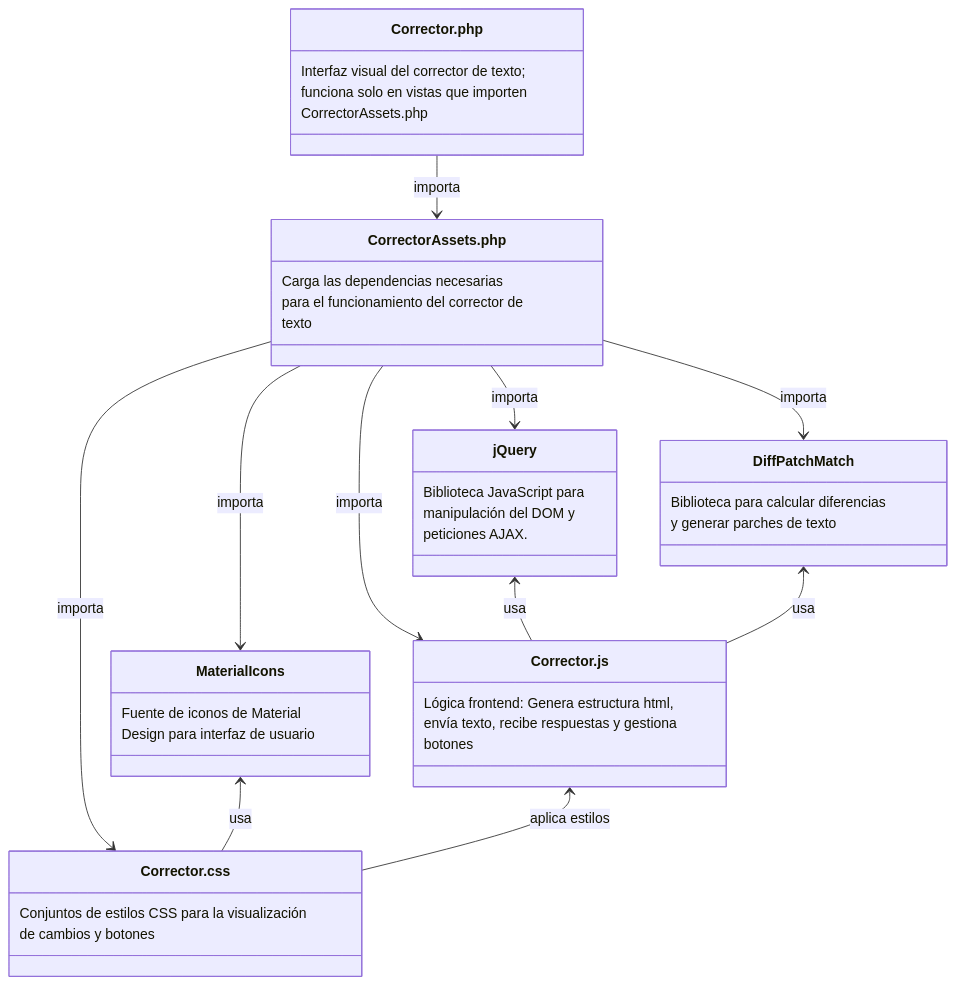
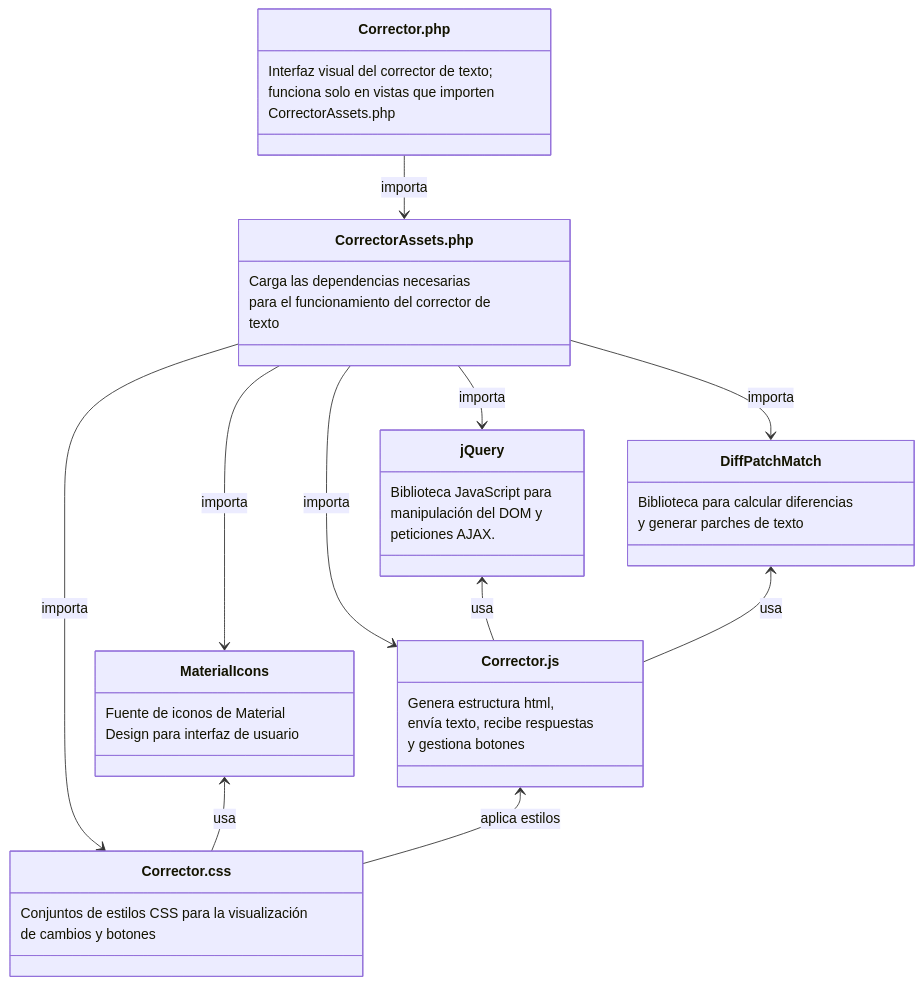
One commit to SaanRM/notas-sintecto changed the second of 3 diagrams in docs/IA/Proyectos/CorrectorDeTexto.md. Above: the diagram before and after it, drawn with Mermaid. The commit also changed other lines of this file, not shown here.

````diff
--- a/docs/IA/Proyectos/CorrectorDeTexto.md
+++ b/docs/IA/Proyectos/CorrectorDeTexto.md
@@ -80,60 +81,60 @@
 ```mermaid
 
 classDiagram
     direction TB
 
     class Corrector.php {
         Interfaz visual del corrector de texto; 
         funciona solo en vistas que importen 
         CorrectorAssets.php
     }
 
     %% View y Assets (descripciones)
     class CorrectorAssets.php {
         Carga las dependencias necesarias 
         para el funcionamiento del corrector de 
         texto
     }
 
     Corrector.php --> CorrectorAssets.php : importa
 
     %% Ficheros estáticos manejados por Assets (descripciones)
     class Corrector.js {
-        Lógica frontend: Genera estructura html,
-        envía texto, recibe respuestas y gestiona
-        botones
+        Genera estructura html,
+        envía texto, recibe respuestas 
+        y gestiona botones
     }
     class DiffPatchMatch {
         Biblioteca para calcular diferencias 
         y generar parches de texto
     }
     class Corrector.css {
         Conjuntos de estilos CSS para la visualización 
         de cambios y botones
     }
 
     class jQuery {
         Biblioteca JavaScript para 
         manipulación del DOM y 
         peticiones AJAX.
     }
     class MaterialIcons {
         Fuente de iconos de Material
         Design para interfaz de usuario
     }
 
     %% Relaciones front-end
     CorrectorAssets.php --> Corrector.js : importa
     CorrectorAssets.php --> DiffPatchMatch : importa
     CorrectorAssets.php --> Corrector.css : importa
     CorrectorAssets.php --> jQuery : importa
     CorrectorAssets.php --> MaterialIcons : importa
 
     MaterialIcons <-- Corrector.css : usa
     jQuery <-- Corrector.js : usa
     DiffPatchMatch <-- Corrector.js : usa
 
     %% Flujo AJAX
     Corrector.js <-- Corrector.css : aplica estilos
 
 ```
````
